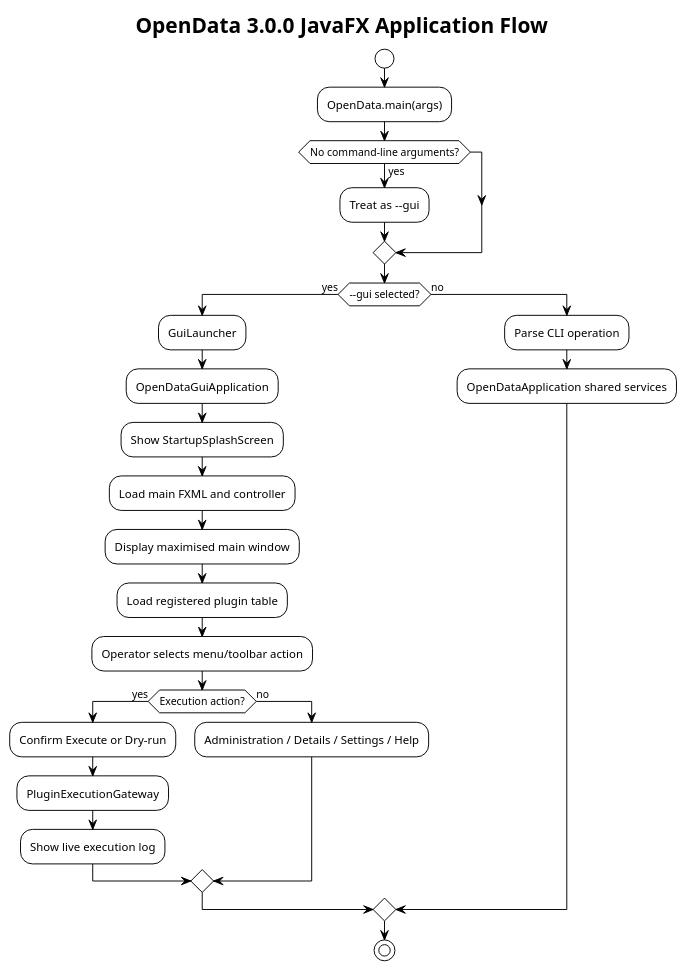
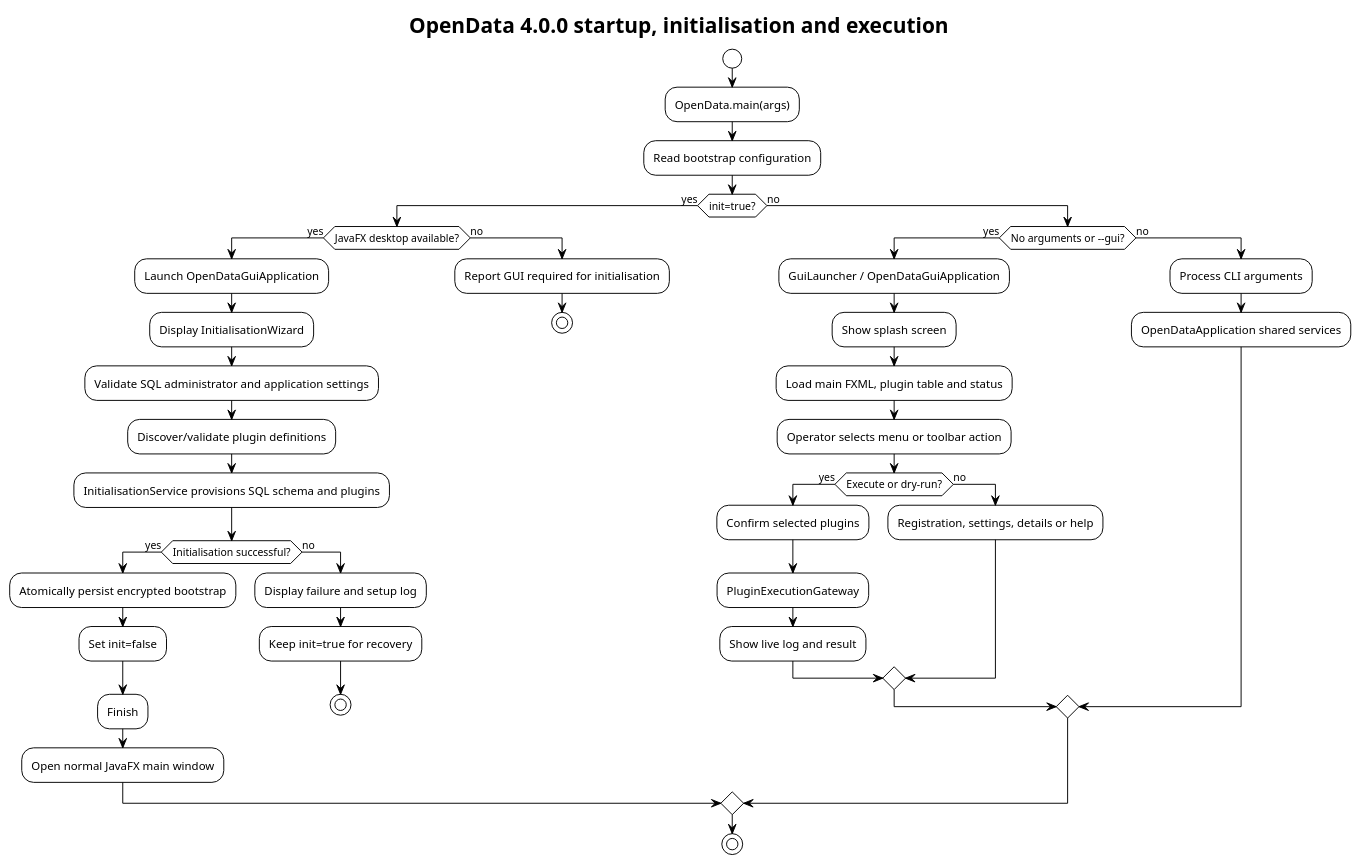
The diagram in docs/diagrams/source/gui-application-flow.puml (TerryCurranZellis/OpenData), drawn with PlantUML before and after one commit. The commit also changed 4 other files, not shown here.

Commit message:
docs: update GUI 4.0 screenshot inventory and first-run diagrams; record 4.1 audit

```diff
--- a/docs/diagrams/source/gui-application-flow.puml
+++ b/docs/diagrams/source/gui-application-flow.puml
@@ -1,29 +1,47 @@
 @startuml
 !theme plain
-title OpenData 3.0.0 JavaFX Application Flow
+title OpenData 4.0.0 startup, initialisation and execution
 start
 :OpenData.main(args);
-if (No command-line arguments?) then (yes)
-  :Treat as --gui;
-endif
-if (--gui selected?) then (yes)
-  :GuiLauncher;
-  :OpenDataGuiApplication;
-  :Show StartupSplashScreen;
-  :Load main FXML and controller;
-  :Display maximised main window;
-  :Load registered plugin table;
-  :Operator selects menu/toolbar action;
-  if (Execution action?) then (yes)
-    :Confirm Execute or Dry-run;
-    :PluginExecutionGateway;
-    :Show live execution log;
+:Read bootstrap configuration;
+if (init=true?) then (yes)
+  if (JavaFX desktop available?) then (yes)
+    :Launch OpenDataGuiApplication;
+    :Display InitialisationWizard;
+    :Validate SQL administrator and application settings;
+    :Discover/validate plugin definitions;
+    :InitialisationService provisions SQL schema and plugins;
+    if (Initialisation successful?) then (yes)
+      :Atomically persist encrypted bootstrap;
+      :Set init=false;
+      :Finish; 
+      :Open normal JavaFX main window;
+    else (no)
+      :Display failure and setup log;
+      :Keep init=true for recovery;
+      stop
+    endif
   else (no)
-    :Administration / Details / Settings / Help;
+    :Report GUI required for initialisation;
+    stop
   endif
 else (no)
-  :Parse CLI operation;
-  :OpenDataApplication shared services;
+  if (No arguments or --gui?) then (yes)
+    :GuiLauncher / OpenDataGuiApplication;
+    :Show splash screen;
+    :Load main FXML, plugin table and status;
+    :Operator selects menu or toolbar action;
+    if (Execute or dry-run?) then (yes)
+      :Confirm selected plugins;
+      :PluginExecutionGateway;
+      :Show live log and result;
+    else (no)
+      :Registration, settings, details or help;
+    endif
+  else (no)
+    :Process CLI arguments;
+    :OpenDataApplication shared services;
+  endif
 endif
 stop
 @enduml
```
